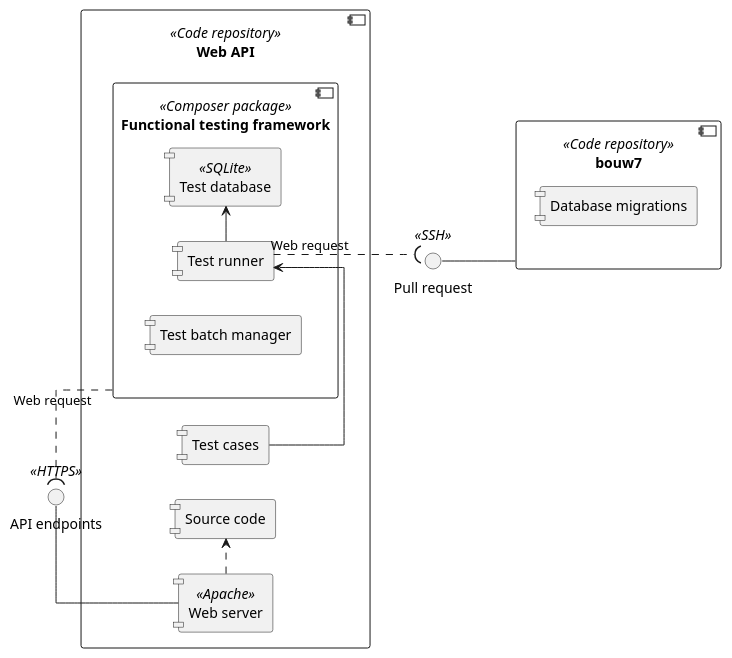
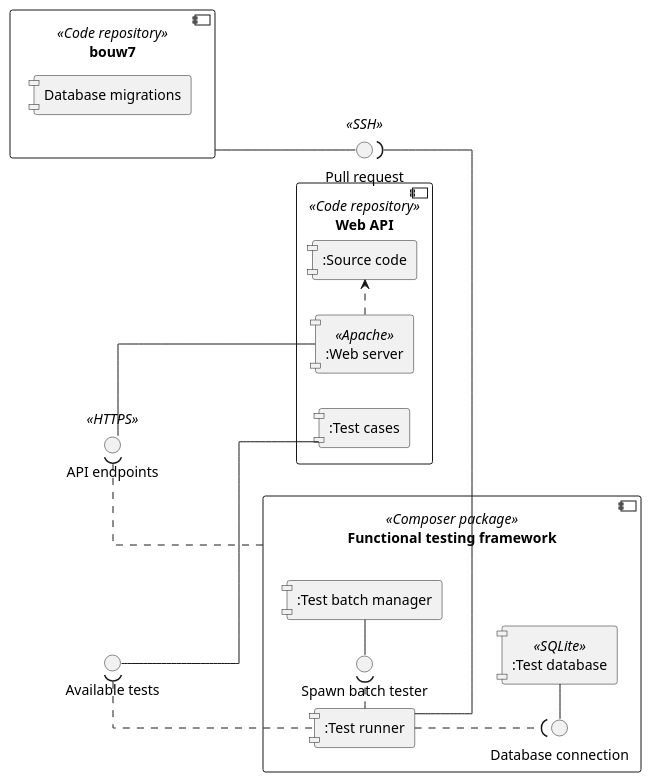
The diagram in Development/ComponentDiagram.plantuml (dannypas00/bouw7-uml), drawn with PlantUML before and after one commit. The commit also changed 1 other file, not shown here.

Commit message:
Finished first version of component diagram

```diff
--- a/Development/ComponentDiagram.plantuml
+++ b/Development/ComponentDiagram.plantuml
@@ -1,33 +1,46 @@
 @startuml Component diagram
 skinparam Linetype ortho
 skinparam componentStyle uml1
 left to right direction
 
-component "Web API" <<Code repository>> as web_api {
-    component "Test cases" as test_cases
-    component "Web server" <<Apache>> as api_server
-    component "Source code" as source
+together {
+    component "Web API" <<Code repository>> as web_api {
+        component ":Test cases" as test_cases
+        component ":Web server" <<Apache>> as api_server
+        component ":Source code" as source
+    }
 
     component "Functional testing framework" <<Composer package>> as framework {
-        component "Test runner" as runner
-        component "Test batch manager" as manager
-        component "Test database" <<SQLite>> as test_db
+        component ":Test runner" as runner
+        component ":Test batch manager" as manager
+        component ":Test database" <<SQLite>> as test_db
+        interface "Database connection" as sqlite_conn
+        interface "Spawn batch tester" as spawn
     }
 }
 
 component "bouw7" <<Code repository>> as bouw7 {
     component "Database migrations" as migrations
 }
 
 interface "Pull request" <<SSH>> as bouw7_pull
-bouw7_pull -- bouw7
-runner ..( bouw7_pull: Web request
 interface "API endpoints" <<HTTPS>> as endpoints
+interface "Available tests" as tests
+
+bouw7 -- bouw7_pull
+runner -( bouw7_pull
+
 endpoints -- api_server
-framework .( endpoints: Web request
+framework .( endpoints
 
-runner <- test_cases
+tests -- test_cases
+tests ). runner
+
 api_server .> source
 
-runner -> test_db
+sqlite_conn - test_db
+runner ..( sqlite_conn
+
+spawn - manager
+runner .( spawn
 @enduml
```
